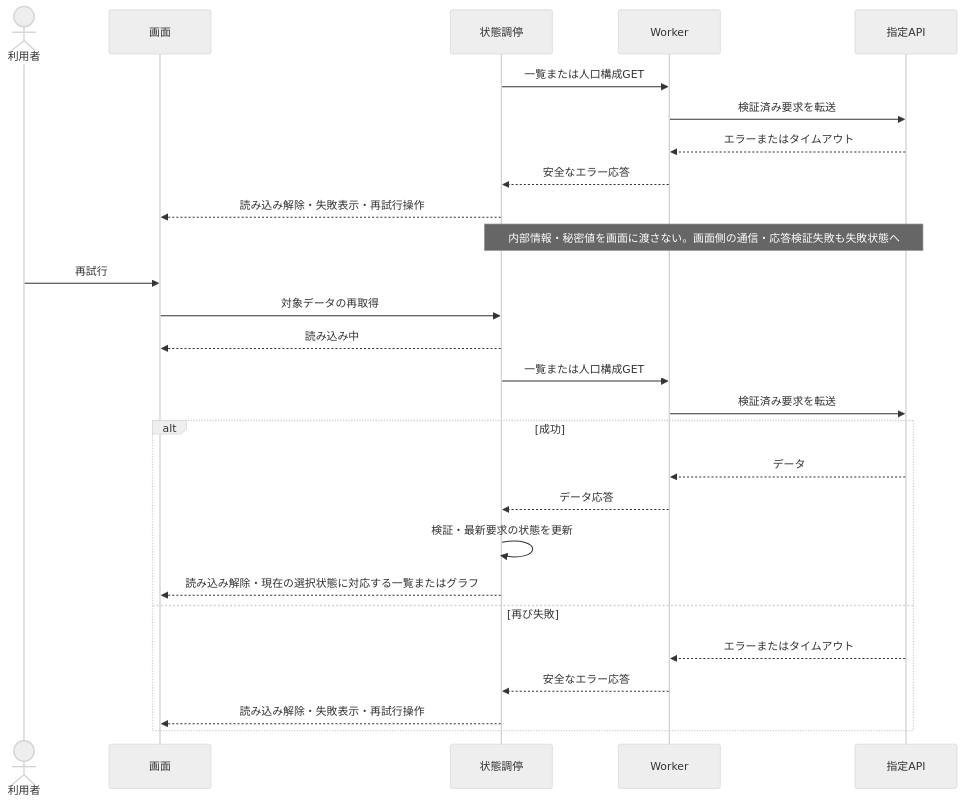
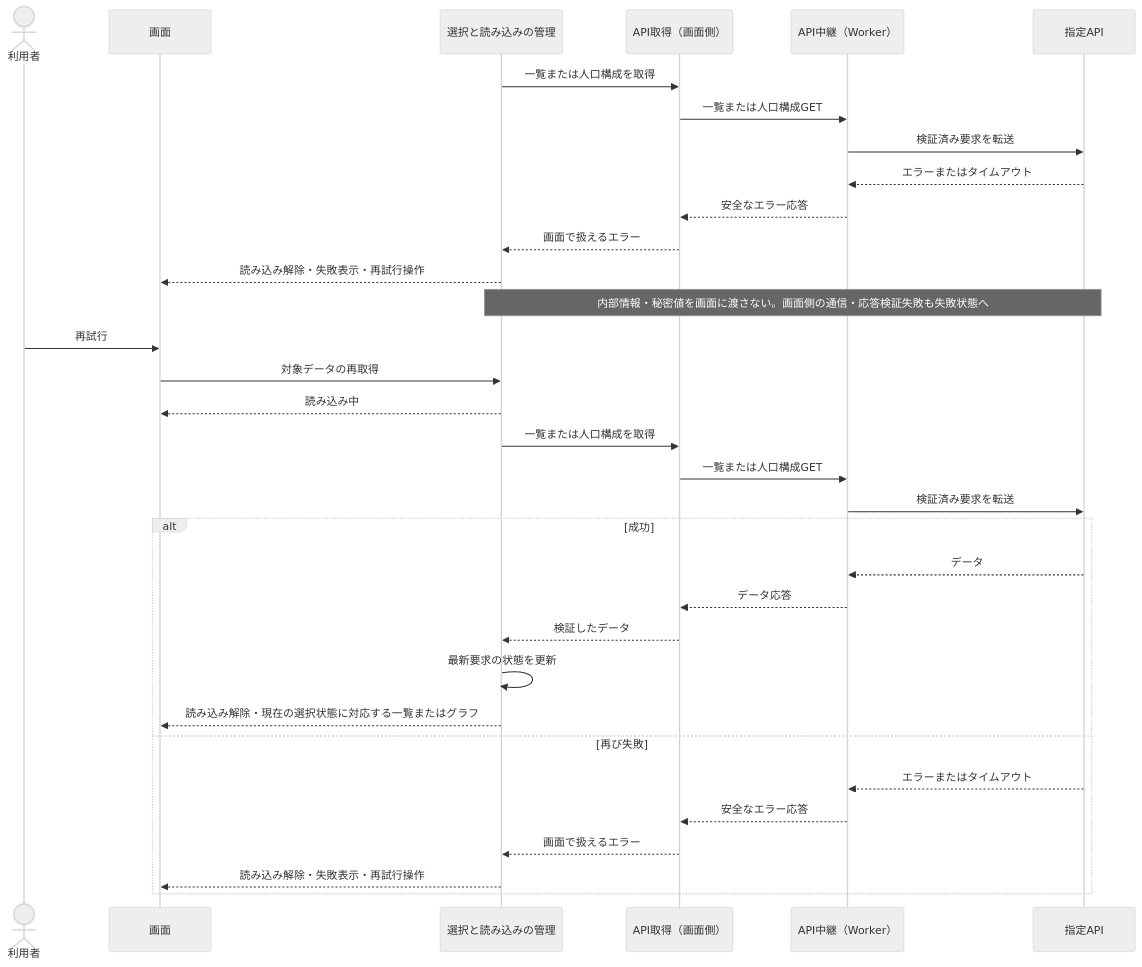
Before and after one commit to t2421/frontend-engineer-codecheck: the fifth of 5 diagrams in docs/DESIGN.md, drawn with Mermaid (neutral theme). The commit also changed other lines of this file, not shown here.

````diff
--- a/docs/DESIGN.md
+++ b/docs/DESIGN.md
@@ -119,29 +131,35 @@
 ```mermaid
 sequenceDiagram
   actor User as 利用者
   participant UI as 画面
-  participant State as 状態調停
-  participant Worker as Worker
+  participant State as 選択と読み込みの管理
+  participant Fetch as API取得（画面側）
+  participant Worker as API中継（Worker）
   participant API as 指定API
-  State->>Worker: 一覧または人口構成GET
+  State->>Fetch: 一覧または人口構成を取得
+  Fetch->>Worker: 一覧または人口構成GET
   Worker->>API: 検証済み要求を転送
   API-->>Worker: エラーまたはタイムアウト
-  Worker-->>State: 安全なエラー応答
+  Worker-->>Fetch: 安全なエラー応答
+  Fetch-->>State: 画面で扱えるエラー
   State-->>UI: 読み込み解除・失敗表示・再試行操作
   Note over State,API: 内部情報・秘密値を画面に渡さない。画面側の通信・応答検証失敗も失敗状態へ
   User->>UI: 再試行
   UI->>State: 対象データの再取得
   State-->>UI: 読み込み中
-  State->>Worker: 一覧または人口構成GET
+  State->>Fetch: 一覧または人口構成を取得
+  Fetch->>Worker: 一覧または人口構成GET
   Worker->>API: 検証済み要求を転送
   alt 成功
     API-->>Worker: データ
-    Worker-->>State: データ応答
-    State->>State: 検証・最新要求の状態を更新
+    Worker-->>Fetch: データ応答
+    Fetch-->>State: 検証したデータ
+    State->>State: 最新要求の状態を更新
     State-->>UI: 読み込み解除・現在の選択状態に対応する一覧またはグラフ
   else 再び失敗
     API-->>Worker: エラーまたはタイムアウト
-    Worker-->>State: 安全なエラー応答
+    Worker-->>Fetch: 安全なエラー応答
+    Fetch-->>State: 画面で扱えるエラー
     State-->>UI: 読み込み解除・失敗表示・再試行操作
   end
 ```
````
